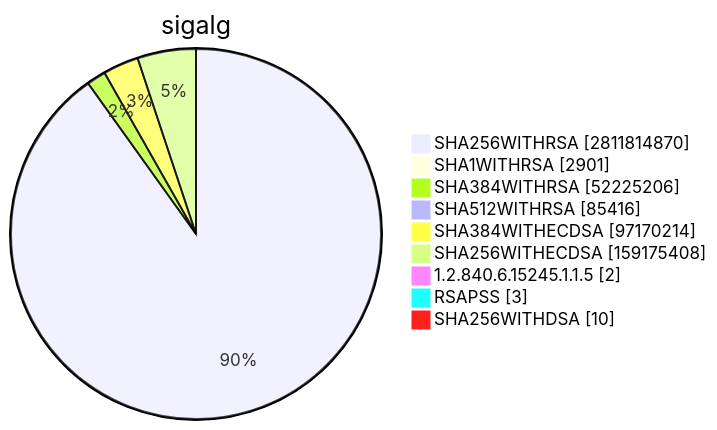
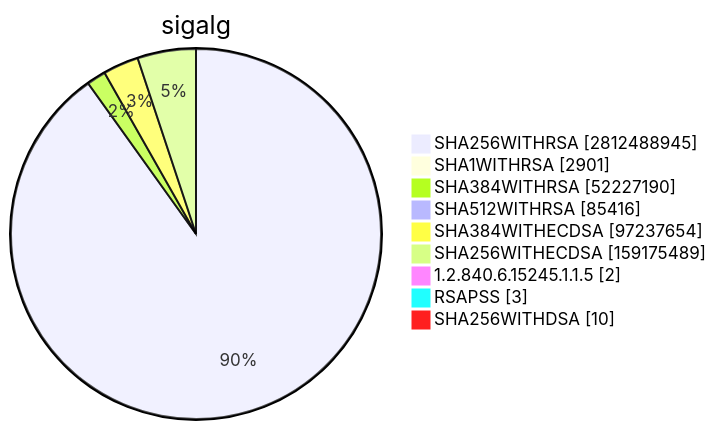
Diagram 15 of 15 in TOTAL/README.md (christiankrug/ctmonitor_visualization), drawn with Mermaid before and after one commit. The commit also changed other lines of this file, not shown here.

````diff
--- a/TOTAL/README.md
+++ b/TOTAL/README.md
@@ -6205,13 +6205,13 @@
 ```mermaid
 pie showData
 title sigalg
-"SHA256WITHRSA" :2811814870
+"SHA256WITHRSA" :2812488945
 "SHA1WITHRSA" :2901
-"SHA384WITHRSA" :52225206
+"SHA384WITHRSA" :52227190
 "SHA512WITHRSA" :85416
-"SHA384WITHECDSA" :97170214
-"SHA256WITHECDSA" :159175408
+"SHA384WITHECDSA" :97237654
+"SHA256WITHECDSA" :159175489
 "1.2.840.6.15245.1.1.5" :2
 "RSAPSS" :3
 "SHA256WITHDSA" :10
 ```
````
